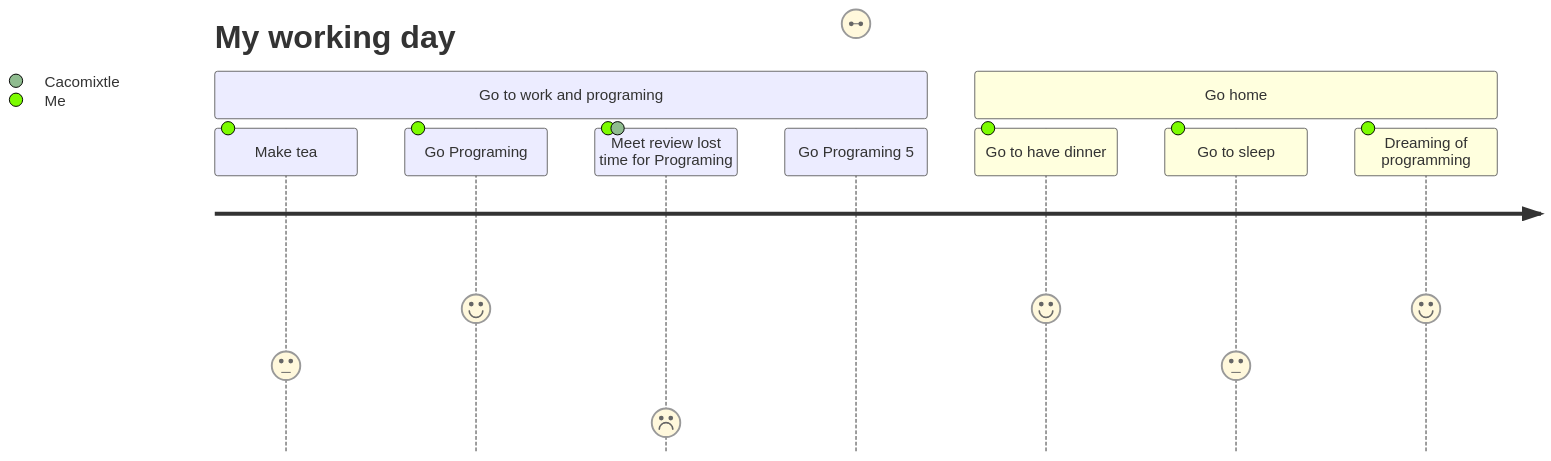
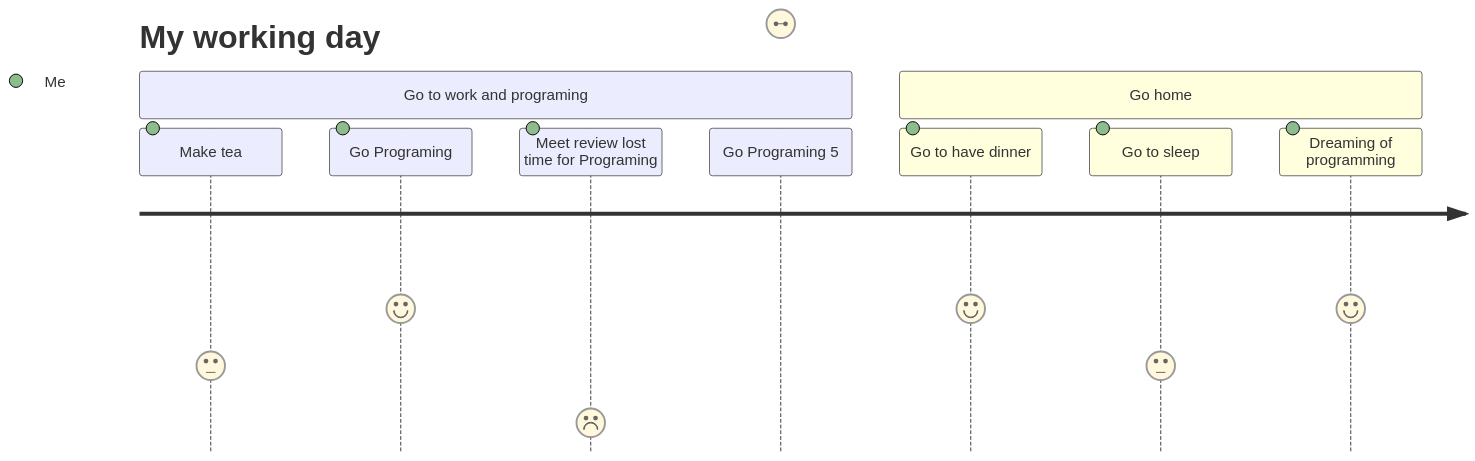
One commit to acmerev/acmerev changed the diagram in README.md. Above: the diagram before and after it, drawn with Mermaid.

````diff
--- a/README.md
+++ b/README.md
@@ -25,14 +25,14 @@
 ```mermaid
 
 journey
     title My working day
     section Go to work and programing 
       Make tea: 3: Me
       Go Programing: 5: Me
-      Meet review lost time for Programing: 1: Me, Cacomixtle
-      Go Programing 5: Me
+      Meet review lost time for Programing: 1: Me
+      Go Programing 5: Me, Cacomixtle
     section Go home
       Go to have dinner: 5: Me
       Go to sleep: 3: Me
       Dreaming of programming: 5: Me
 ```
````
